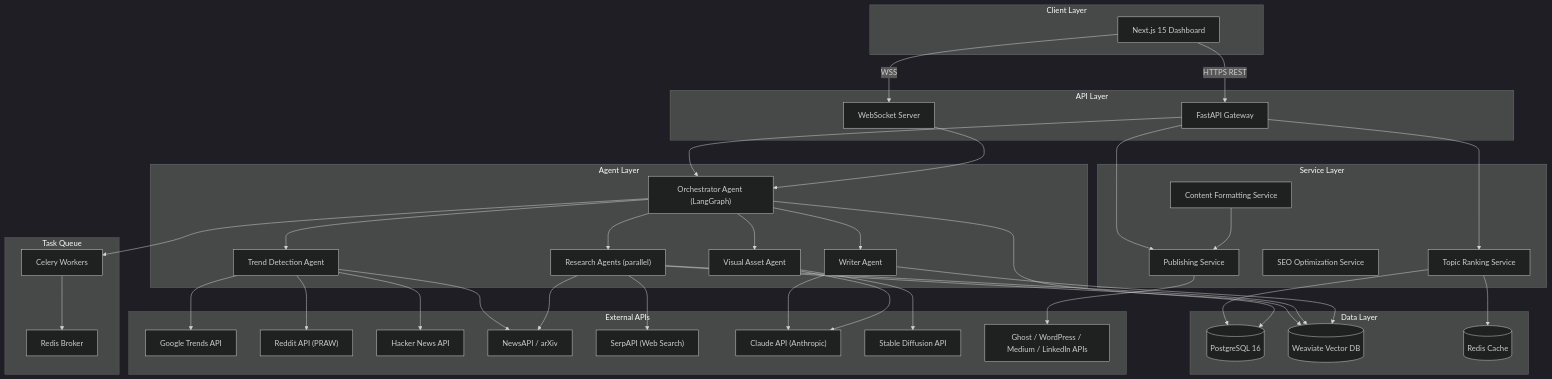
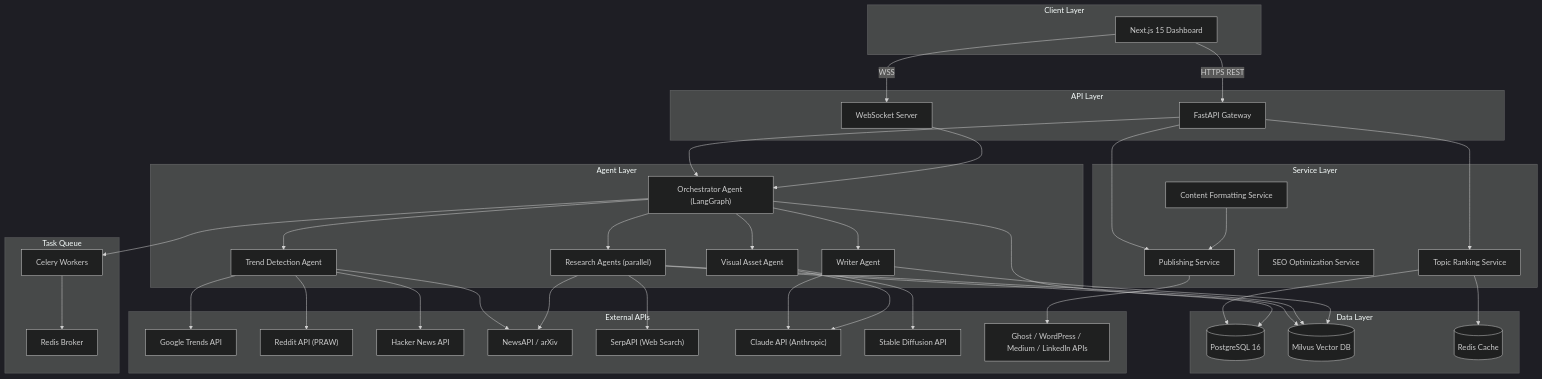
Before and after one commit to gmangesh77/cognify: the first of 2 diagrams in docs/architecture/HIGH_LEVEL_ARCHITECTURE.md, drawn with Mermaid (dark theme). The commit also changed other lines of this file and 6 other files, not shown here.

First line of the commit message:
docs: add ADR-002 — switch vector DB from Weaviate to Milvus

````diff
--- a/docs/architecture/HIGH_LEVEL_ARCHITECTURE.md
+++ b/docs/architecture/HIGH_LEVEL_ARCHITECTURE.md
@@ -13,72 +13,72 @@
 ```mermaid
 graph TD
     subgraph "Client Layer"
         A["Next.js 15 Dashboard"]
     end
     subgraph "API Layer"
         B["FastAPI Gateway"]
         WS["WebSocket Server"]
     end
     subgraph "Agent Layer"
         O["Orchestrator Agent (LangGraph)"]
         T["Trend Detection Agent"]
         R["Research Agents (parallel)"]
         W["Writer Agent"]
         V["Visual Asset Agent"]
     end
     subgraph "Service Layer"
         S1["Topic Ranking Service"]
         S2["SEO Optimization Service"]
         S3["Publishing Service"]
         S4["Content Formatting Service"]
     end
     subgraph "Data Layer"
         PG[("PostgreSQL 16")]
-        WV[("Weaviate Vector DB")]
+        WV[("Milvus Vector DB")]
         RD[("Redis Cache")]
     end
     subgraph "Task Queue"
         CL["Celery Workers"]
         RB["Redis Broker"]
     end
     subgraph "External APIs"
         GT["Google Trends API"]
         RR["Reddit API (PRAW)"]
         HN["Hacker News API"]
         NA["NewsAPI / arXiv"]
         SP["SerpAPI (Web Search)"]
         LLM["Claude API (Anthropic)"]
         SD["Stable Diffusion API"]
         PUB["Ghost / WordPress / Medium / LinkedIn APIs"]
     end
 
     A -->|HTTPS REST| B
     A -->|WSS| WS
     B --> O
     B --> S1
     B --> S3
     WS --> O
     O --> T
     O --> R
     O --> W
     O --> V
     T --> GT
     T --> RR
     T --> HN
     T --> NA
     R --> SP
     R --> NA
     R --> WV
     W --> LLM
     V --> SD
     V --> LLM
     S1 --> PG
     S1 --> RD
     S3 --> PUB
     S4 --> S3
     O --> CL
     CL --> RB
     R --> WV
     W --> WV
     O --> PG
 ```
````
